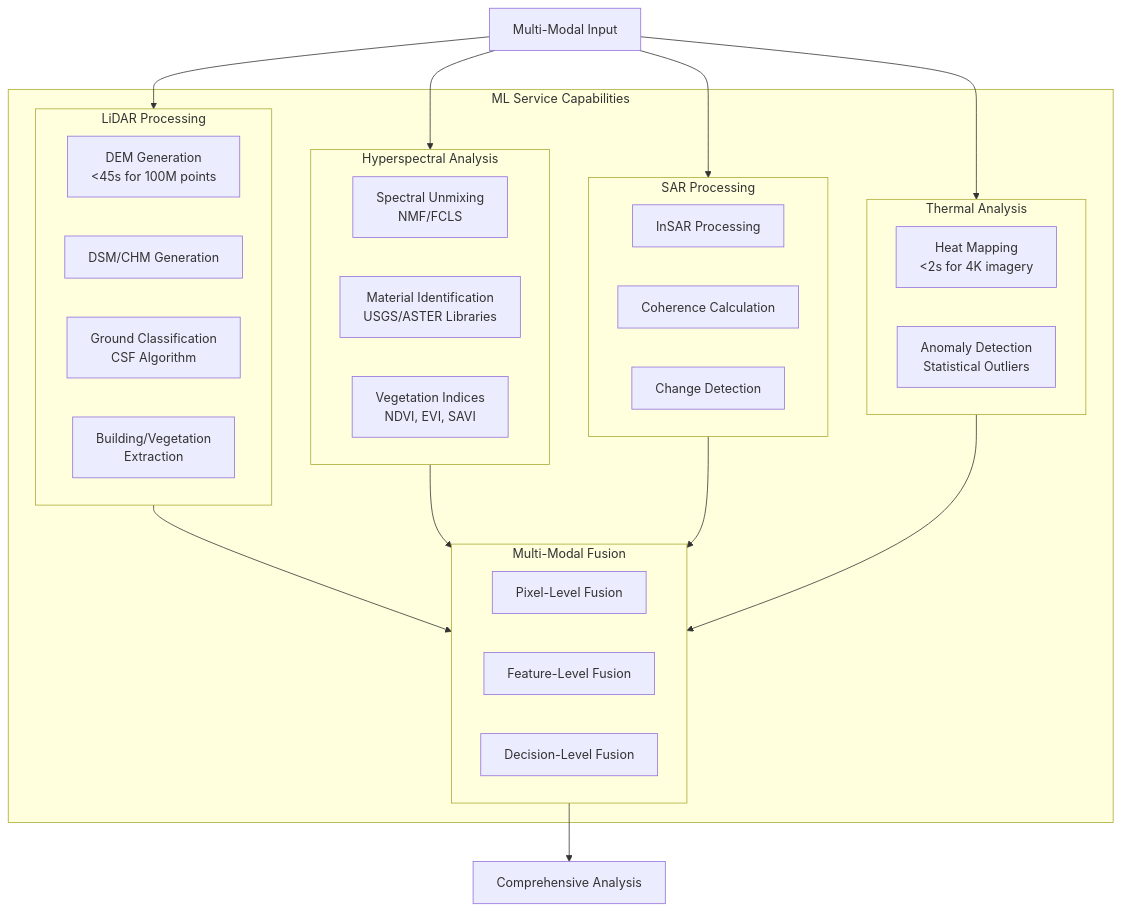
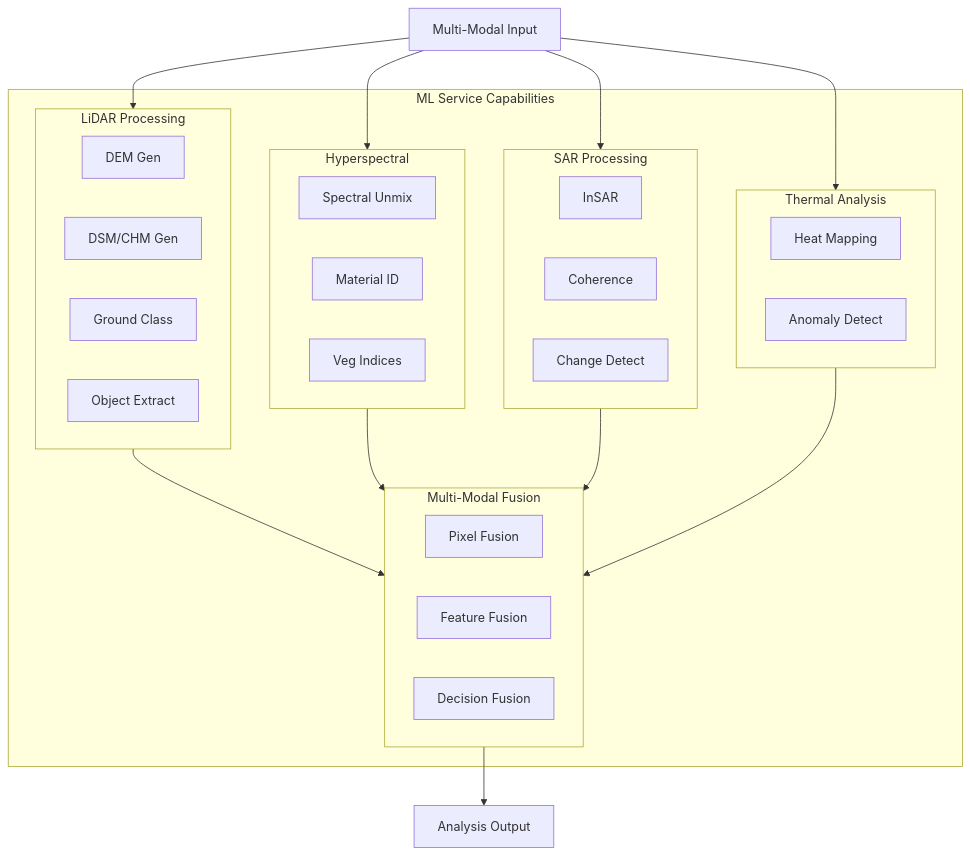
Before and after one commit to adverant/Adverant-Nexus-Plugin-GeoAgent: the third of 9 diagrams in ARCHITECTURE.md, drawn with Mermaid. The commit also changed other lines of this file, not shown here.

First line of the commit message:
docs: fix Mermaid diagram rendering for marketplace

````diff
--- a/ARCHITECTURE.md
+++ b/ARCHITECTURE.md
@@ -144,46 +144,46 @@
 ```mermaid
 flowchart TB
     subgraph MLCapabilities["ML Service Capabilities"]
         subgraph LiDAR["LiDAR Processing"]
-            DEM["DEM Generation<br/><45s for 100M points"]
-            DSM["DSM/CHM Generation"]
-            GroundClass["Ground Classification<br/>CSF Algorithm"]
-            ObjectExtract["Building/Vegetation<br/>Extraction"]
+            DEM["DEM Gen"]
+            DSM["DSM/CHM Gen"]
+            GroundClass["Ground Class"]
+            ObjectExtract["Object Extract"]
         end
 
-        subgraph Spectral["Hyperspectral Analysis"]
-            Unmix["Spectral Unmixing<br/>NMF/FCLS"]
-            Material["Material Identification<br/>USGS/ASTER Libraries"]
-            Vegetation["Vegetation Indices<br/>NDVI, EVI, SAVI"]
+        subgraph Spectral["Hyperspectral"]
+            Unmix["Spectral Unmix"]
+            Material["Material ID"]
+            Vegetation["Veg Indices"]
         end
 
         subgraph SAR["SAR Processing"]
-            InSAR["InSAR Processing"]
-            Coherence["Coherence Calculation"]
-            ChangeDetect["Change Detection"]
+            InSAR["InSAR"]
+            Coherence["Coherence"]
+            ChangeDetect["Change Detect"]
         end
 
         subgraph Thermal["Thermal Analysis"]
-            HeatMap["Heat Mapping<br/><2s for 4K imagery"]
-            Anomaly["Anomaly Detection<br/>Statistical Outliers"]
+            HeatMap["Heat Mapping"]
+            Anomaly["Anomaly Detect"]
         end
 
         subgraph Fusion["Multi-Modal Fusion"]
-            PixelFusion["Pixel-Level Fusion"]
-            FeatureFusion["Feature-Level Fusion"]
-            DecisionFusion["Decision-Level Fusion"]
+            PixelFusion["Pixel Fusion"]
+            FeatureFusion["Feature Fusion"]
+            DecisionFusion["Decision Fusion"]
         end
     end
 
     Input["Multi-Modal Input"] --> LiDAR
     Input --> Spectral
     Input --> SAR
     Input --> Thermal
 
     LiDAR --> Fusion
     Spectral --> Fusion
     SAR --> Fusion
     Thermal --> Fusion
 
-    Fusion --> Output["Comprehensive Analysis"]
+    Fusion --> Output["Analysis Output"]
 ```
````
